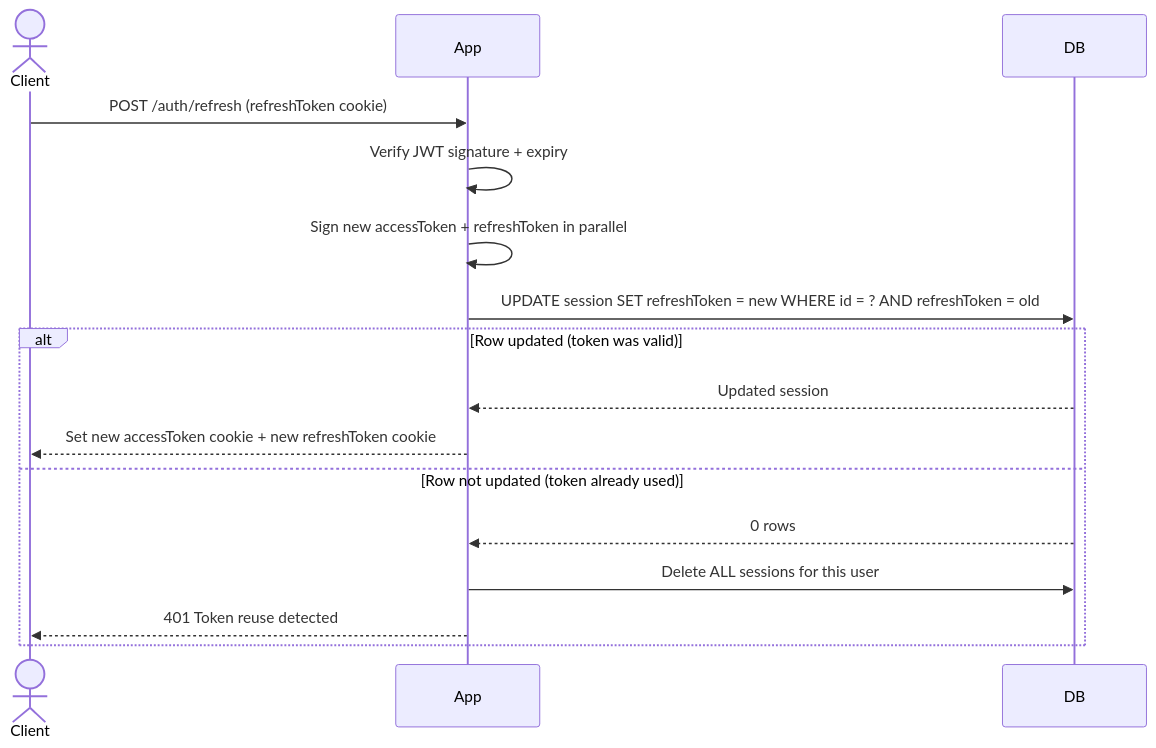
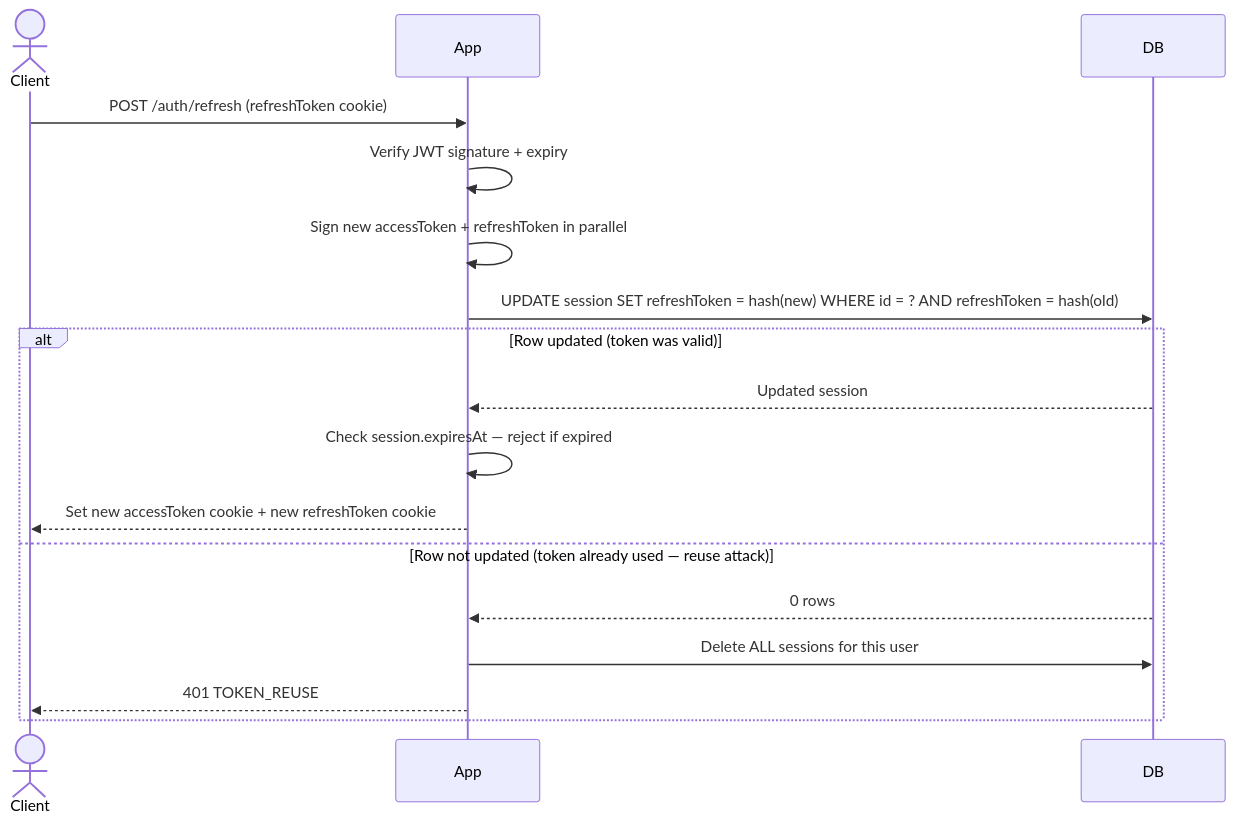
Before and after one commit to lokesh-7977/FindFlat: the second of 6 diagrams in AUTH.md, drawn with Mermaid. The commit also changed other lines of this file, not shown here.

Commit message:
docs(auth): add new endpoints, session management flow, token hashing rationale and rate limit column

````diff
--- a/AUTH.md
+++ b/AUTH.md
@@ -54,19 +56,20 @@
 ```mermaid
 sequenceDiagram
     actor Client
     participant App
     participant DB
 
     Client->>App: POST /auth/refresh (refreshToken cookie)
     App->>App: Verify JWT signature + expiry
     App->>App: Sign new accessToken + refreshToken in parallel
-    App->>DB: UPDATE session SET refreshToken = new WHERE id = ? AND refreshToken = old
+    App->>DB: UPDATE session SET refreshToken = hash(new) WHERE id = ? AND refreshToken = hash(old)
     alt Row updated (token was valid)
         DB-->>App: Updated session
+        App->>App: Check session.expiresAt — reject if expired
         App-->>Client: Set new accessToken cookie + new refreshToken cookie
-    else Row not updated (token already used)
+    else Row not updated (token already used — reuse attack)
         DB-->>App: 0 rows
         App->>DB: Delete ALL sessions for this user
-        App-->>Client: 401 Token reuse detected
+        App-->>Client: 401 TOKEN_REUSE
     end
 ```
````
